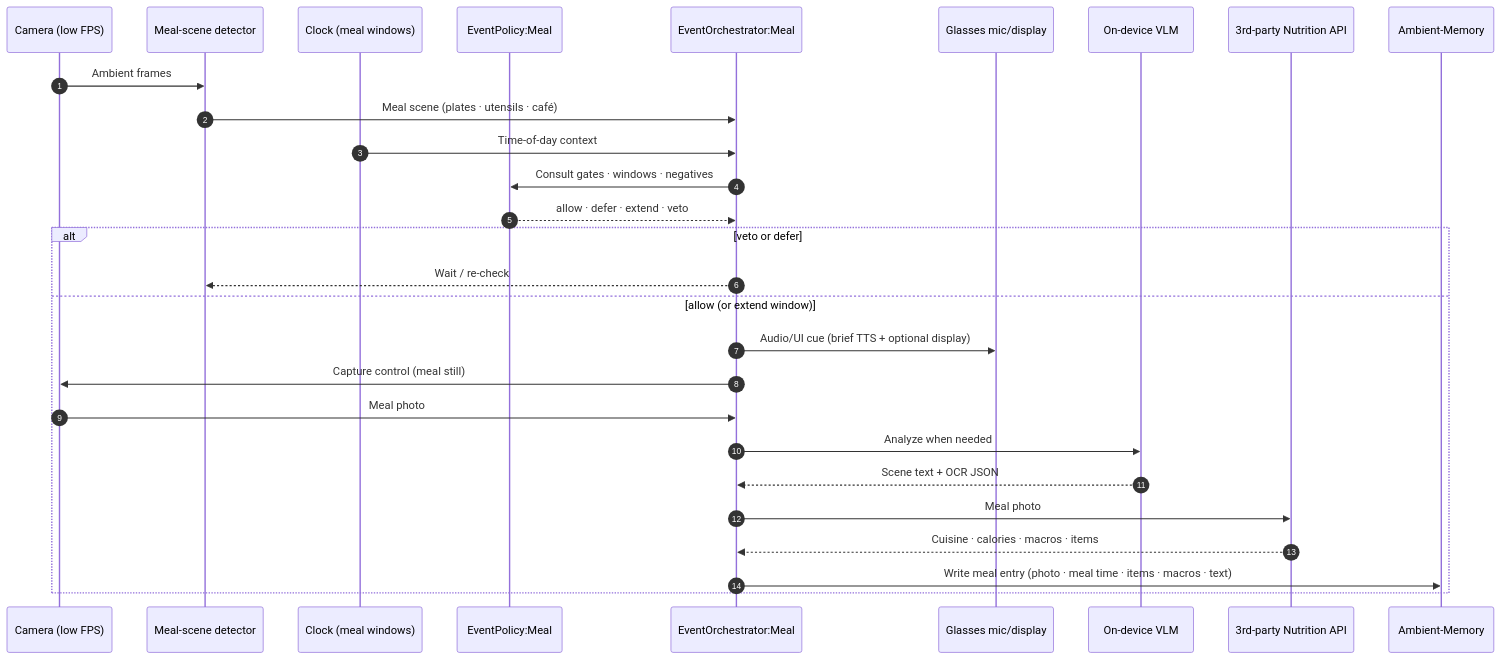
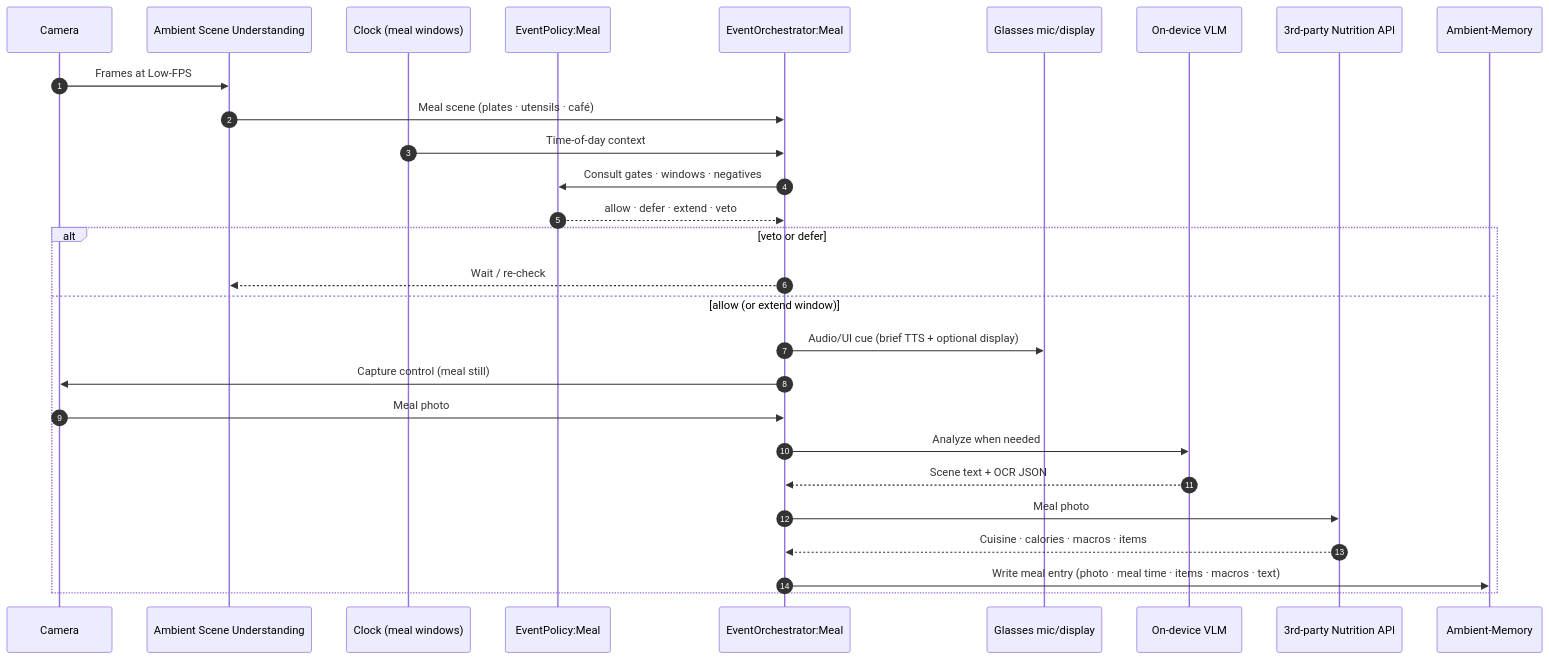
The first of 3 diagrams in tmp/idea3.md (penkesiva/wer-26), drawn with Mermaid before and after one commit. The commit also changed other lines of this file and 2 other files, not shown here.

First line of the commit message:
docs(idea3): rename ambient watch to Ambient Scene Understanding

````diff
--- a/tmp/idea3.md
+++ b/tmp/idea3.md
@@ -48,32 +48,32 @@
 ```mermaid
 sequenceDiagram
     autonumber
-    participant Cam as Camera (low FPS)
-    participant SD as Meal-scene detector
+    participant Cam as Camera
+    participant ASU as Ambient Scene Understanding
     participant Clk as Clock (meal windows)
     participant P as EventPolicy:Meal
     participant O as EventOrchestrator:Meal
     participant M as Glasses mic/display
     participant V as On-device VLM
     participant N as 3rd-party Nutrition API
     participant A as Ambient-Memory
 
-    Cam->>SD: Ambient frames
-    SD->>O: Meal scene (plates · utensils · café)
+    Cam->>ASU: Frames at Low-FPS
+    ASU->>O: Meal scene (plates · utensils · café)
     Clk->>O: Time-of-day context
     O->>P: Consult gates · windows · negatives
     P-->>O: allow · defer · extend · veto
 
     alt veto or defer
-        O-->>SD: Wait / re-check
+        O-->>ASU: Wait / re-check
     else allow (or extend window)
         O->>M: Audio/UI cue (brief TTS + optional display)
         O->>Cam: Capture control (meal still)
         Cam->>O: Meal photo
         O->>V: Analyze when needed
         V-->>O: Scene text + OCR JSON
         O->>N: Meal photo
         N-->>O: Cuisine · calories · macros · items
         O->>A: Write meal entry (photo · meal time · items · macros · text)
     end
 ```
````
